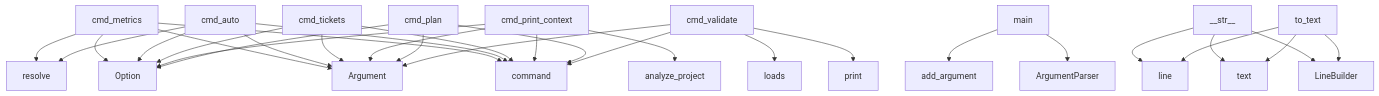
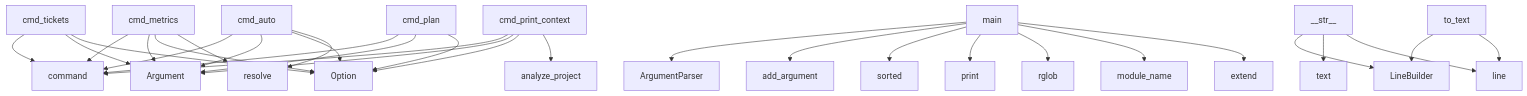
The diagram in project/context.md (semcod/nxdo), drawn with Mermaid before and after one commit. The commit also changed other lines of this file and 14 other files, not shown here.

````diff
--- a/project/context.md
+++ b/project/context.md
@@ -482,33 +486,33 @@
 ```mermaid
 graph TD
     cmd_metrics --> command
     cmd_metrics --> Argument
     cmd_metrics --> Option
     cmd_metrics --> resolve
     cmd_auto --> command
     cmd_auto --> Argument
     cmd_auto --> Option
     cmd_auto --> resolve
     cmd_tickets --> command
     cmd_tickets --> Argument
     cmd_tickets --> Option
     main --> ArgumentParser
     main --> add_argument
     cmd_print_context --> command
     cmd_print_context --> Argument
     cmd_print_context --> Option
     cmd_print_context --> analyze_project
     cmd_plan --> command
     cmd_plan --> Argument
     cmd_plan --> Option
     __str__ --> LineBuilder
     __str__ --> text
     __str__ --> line
+    main --> sorted
+    main --> print
+    main --> rglob
+    main --> module_name
+    main --> extend
     to_text --> LineBuilder
     to_text --> line
-    to_text --> text
-    cmd_validate --> command
-    cmd_validate --> Argument
-    cmd_validate --> print
-    cmd_validate --> loads
 ```
````
